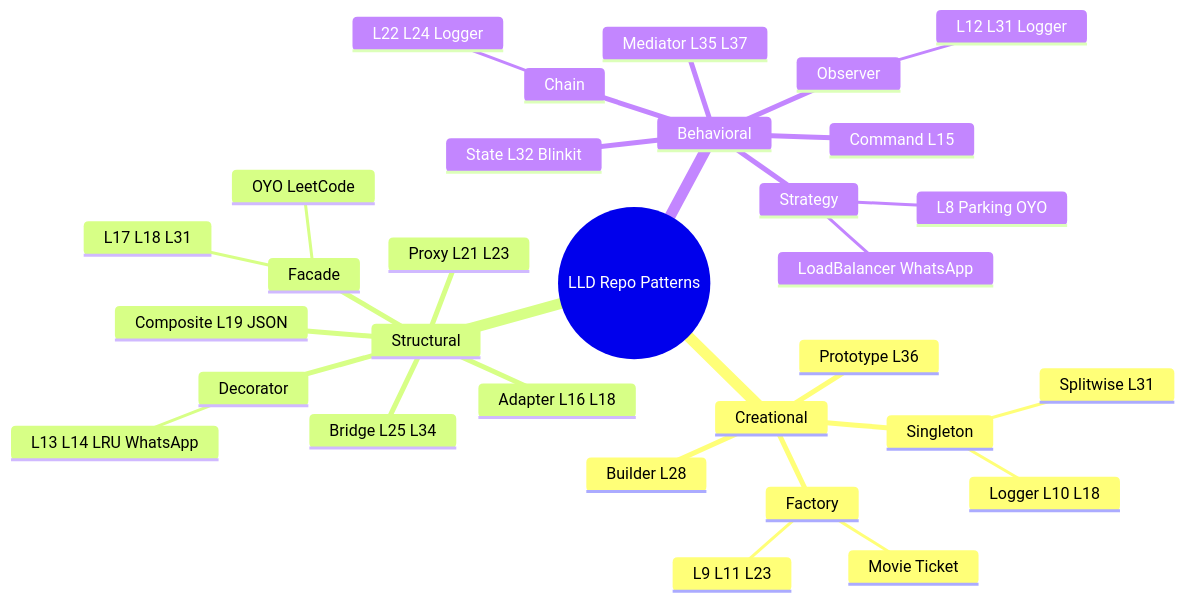
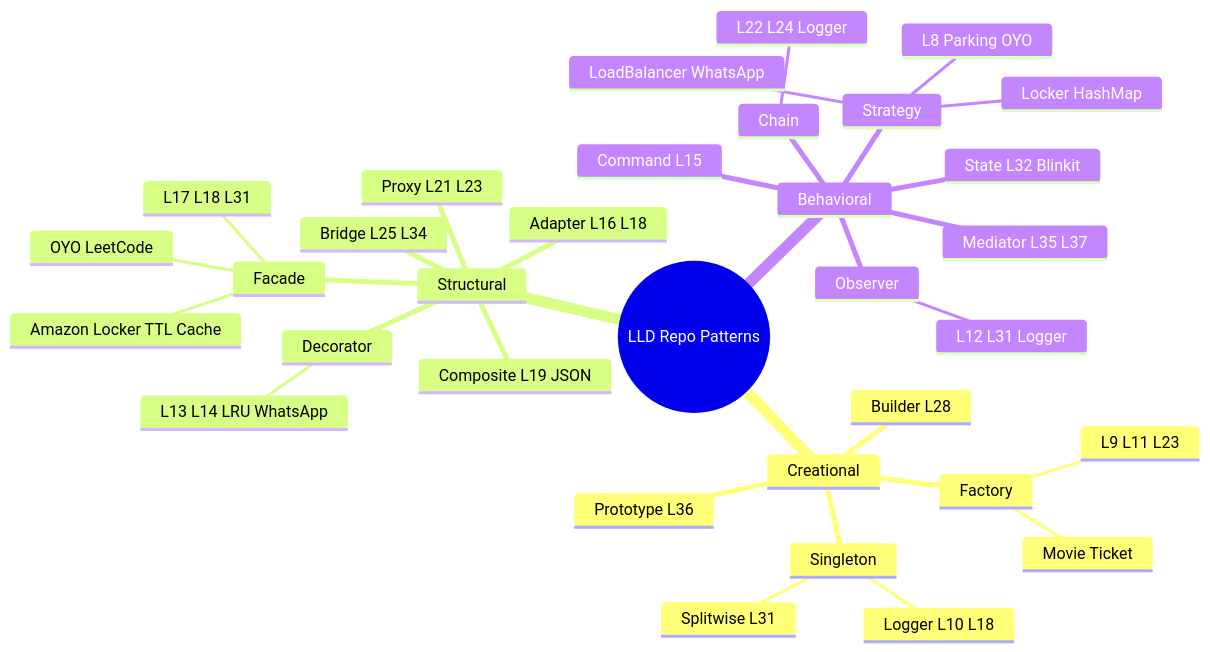
Before and after one commit to subhm2004/LLD: the third of 21 diagrams in PROJECT_DESIGN_PATTERNS.md, drawn with Mermaid. The commit also changed other lines of this file, not shown here.

````diff
--- a/PROJECT_DESIGN_PATTERNS.md
+++ b/PROJECT_DESIGN_PATTERNS.md
@@ -89,34 +91,36 @@
 ```mermaid
 mindmap
   root((LLD Repo Patterns))
     Creational
       Singleton
         Logger L10 L18
         Splitwise L31
       Factory
         L9 L11 L23
         Movie Ticket
       Builder L28
       Prototype L36
     Structural
       Facade
         L17 L18 L31
         OYO LeetCode
+        Amazon Locker TTL Cache
       Decorator
         L13 L14 LRU WhatsApp
       Adapter L16 L18
       Bridge L25 L34
       Proxy L21 L23
       Composite L19 JSON
     Behavioral
       Strategy
         L8 Parking OYO
         LoadBalancer WhatsApp
+        Locker HashMap
       Observer
         L12 L31 Logger
       Chain
         L22 L24 Logger
       State L32 Blinkit
       Command L15
       Mediator L35 L37
 ```
````
